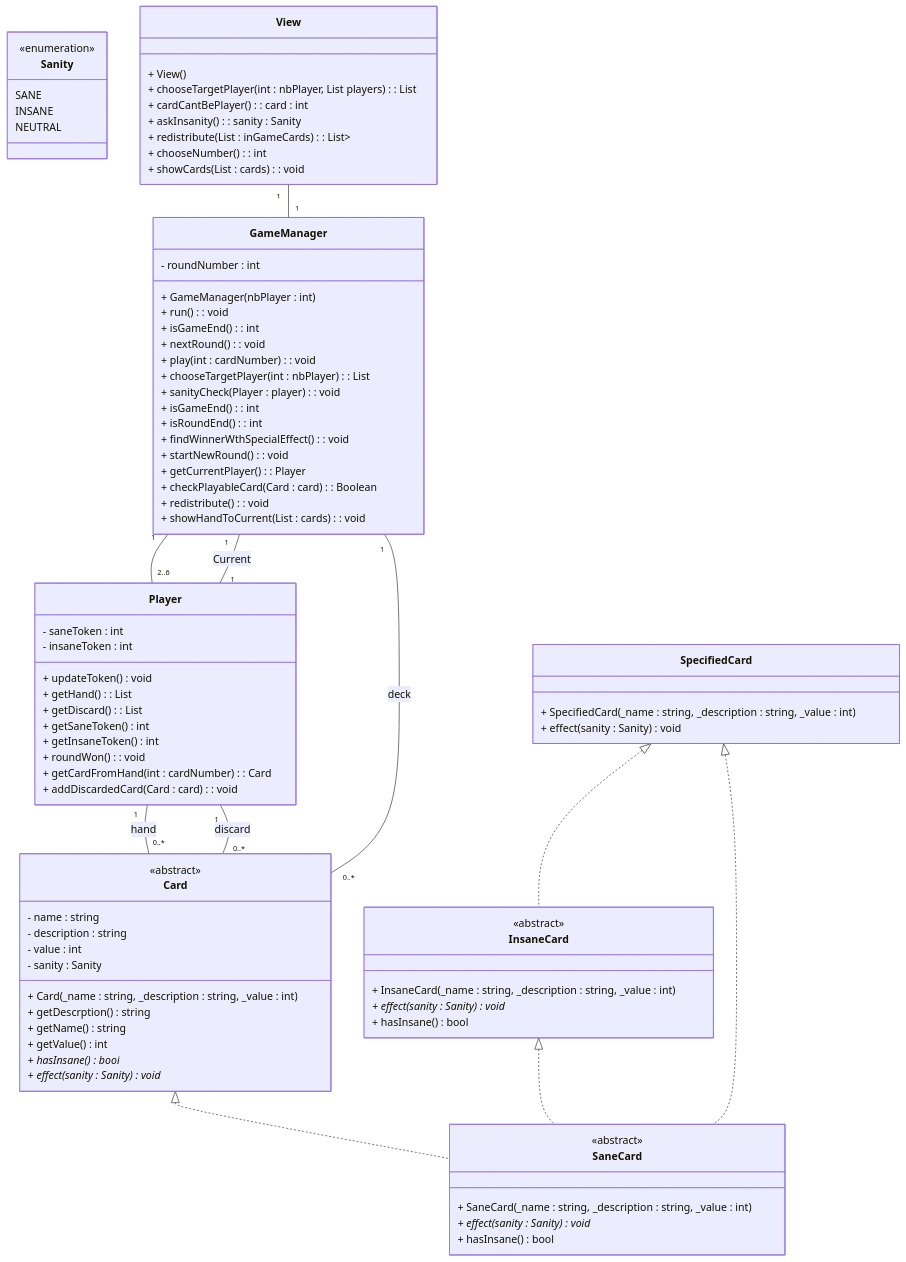
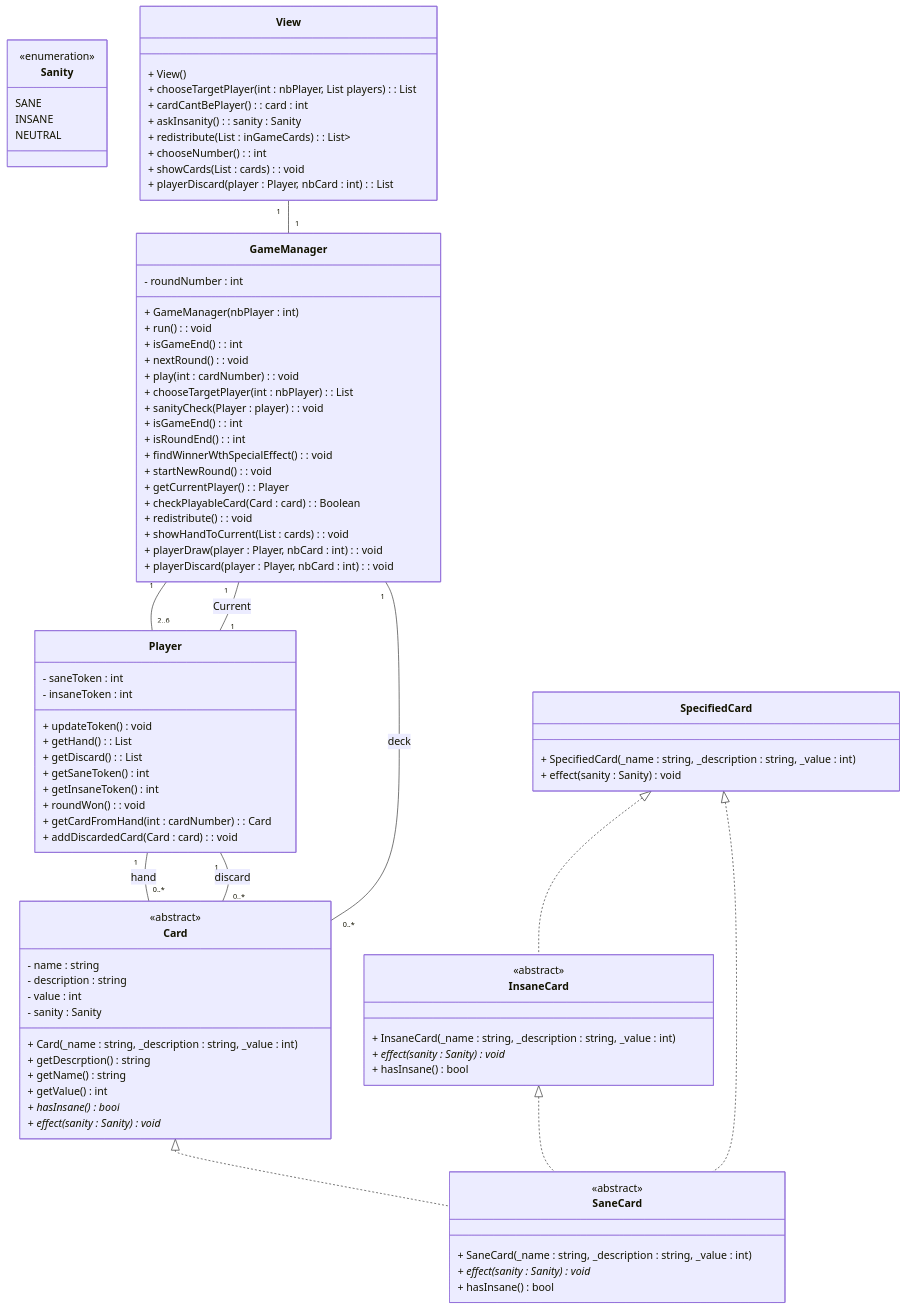
One commit to Marsevil/LovecraftLetter_IA changed the diagram in docs/uml.mmd. Above: the diagram before and after it, drawn with Mermaid. The commit also changed 6 other files, not shown here.

```diff
--- a/docs/uml.mmd
+++ b/docs/uml.mmd
@@ -1,96 +1,99 @@
 classDiagram
     class Sanity {
     <<enumeration>>
         SANE
         INSANE
         NEUTRAL
     }
 
     class Card {
     <<abstract>>
         - name : string
         - description : string
         - value : int
         - sanity : Sanity
 
         + Card(_name : string, _description : string, _value : int)
         + getDescrption() string
         + getName() string
         + getValue() int
         + hasInsane()* bool
         + effect(sanity : Sanity)* void
     }
 
     class SaneCard {
     <<abstract>>
         + SaneCard(_name : string, _description : string, _value : int)
         + effect(sanity : Sanity)* void
         + hasInsane() bool
     }
 
     class InsaneCard {
     <<abstract>>
         + InsaneCard(_name : string, _description : string, _value : int)
         + effect(sanity : Sanity)* void
         + hasInsane() bool
     }
 
     class SpecifiedCard {
         + SpecifiedCard(_name : string, _description : string, _value : int)
         + effect(sanity : Sanity) void
     }
 
     class GameManager {
         - roundNumber : int
 
         + GameManager(nbPlayer : int)
         + run() : void
         + isGameEnd() : int
         + nextRound() : void
         + play(int : cardNumber) : void
         + chooseTargetPlayer(int : nbPlayer) : List<Player>
         + sanityCheck(Player : player) : void
         + isGameEnd() : int
         + isRoundEnd() : int
         + findWinnerWthSpecialEffect() : void
         + startNewRound() : void
         + getCurrentPlayer() : Player
         + checkPlayableCard(Card : card) : Boolean
         + redistribute() : void
         + showHandToCurrent(List<Card> : cards) : void
+        + playerDraw(player : Player, nbCard : int) : void
+        + playerDiscard(player : Player, nbCard : int) : void
     }
 
     class Player {
         - saneToken : int
         - insaneToken : int
 
         + updateToken() void
         + getHand() : List<Card>
         + getDiscard() : List<Card>
         + getSaneToken() int
         + getInsaneToken() int
         + roundWon() : void
         + getCardFromHand(int : cardNumber) : Card
         + addDiscardedCard(Card : card) : void
     }
 
     class View {
         + View()
         + chooseTargetPlayer(int : nbPlayer, List<Player> players) : List<Player>
         + cardCantBePlayer() : card : int
         + askInsanity() : sanity : Sanity
         + redistribute(List<Card> : inGameCards) : List<List<Card>>
         + chooseNumber() : int
         + showCards(List<Card> : cards) : void
+        + playerDiscard(player : Player, nbCard : int) : List<int>
     }
 
     Card <|.. SaneCard
     InsaneCard <|.. SaneCard
     SpecifiedCard <|.. SaneCard
     SpecifiedCard <|.. InsaneCard
     Player "1" -- "0..*" Card : hand
     Player "1" -- "0..*" Card : discard
     GameManager "1" -- "0..*" Card : deck
     GameManager "1" -- "2..6" Player
     GameManager "1" -- "1" Player : Current
     View "1" -- "1" GameManager
```
